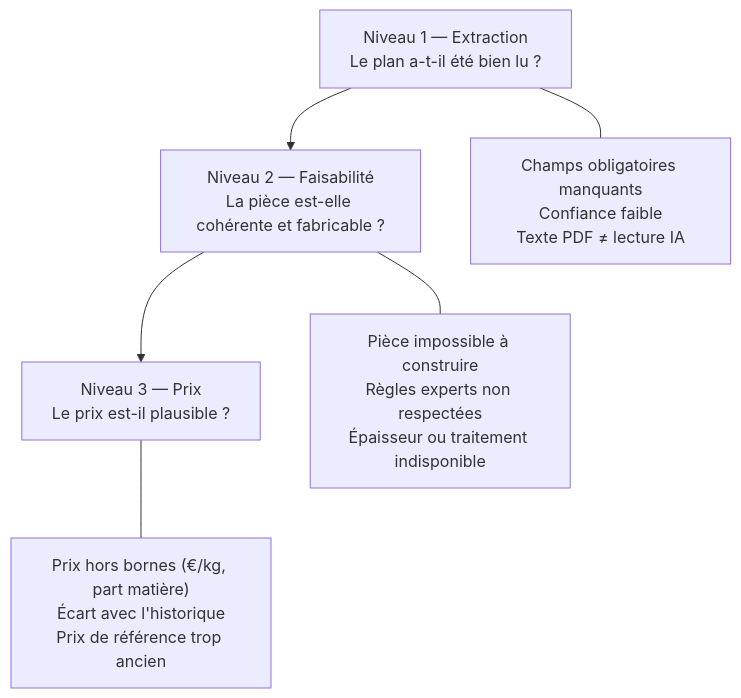
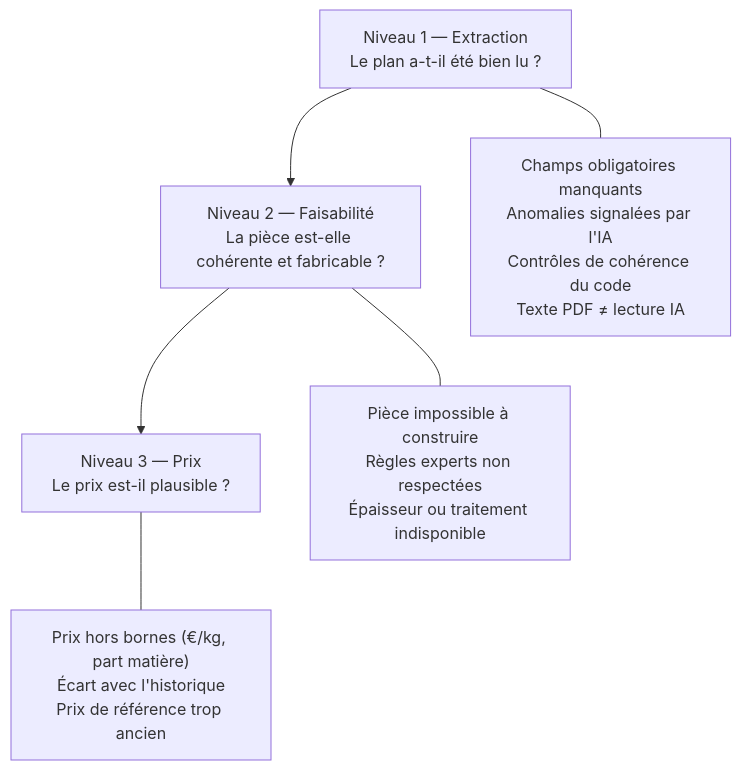
The seventh of 7 diagrams in docs/architecture.md (leobouscarrat/generateur_devis), drawn with Mermaid before and after one commit. The commit also changed other lines of this file, not shown here.

Commit message:
Architecture : résultats de l'étude (modèles retenus, contrôles par le code, format réel, organisation du code)

````diff
--- a/docs/architecture.md
+++ b/docs/architecture.md
@@ -422,11 +449,11 @@
 ```mermaid
 flowchart TD
     N1["Niveau 1 — Extraction<br/>Le plan a-t-il été bien lu ?"]
     N2["Niveau 2 — Faisabilité<br/>La pièce est-elle cohérente et fabricable ?"]
     N3["Niveau 3 — Prix<br/>Le prix est-il plausible ?"]
     N1 --> N2 --> N3
 
-    N1 --- C1["Champs obligatoires manquants<br/>Confiance faible<br/>Texte PDF ≠ lecture IA"]
+    N1 --- C1["Champs obligatoires manquants<br/>Anomalies signalées par l'IA<br/>Contrôles de cohérence du code<br/>Texte PDF ≠ lecture IA"]
     N2 --- C2["Pièce impossible à construire<br/>Règles experts non respectées<br/>Épaisseur ou traitement indisponible"]
     N3 --- C3["Prix hors bornes (€/kg, part matière)<br/>Écart avec l'historique<br/>Prix de référence trop ancien"]
 ```
````
